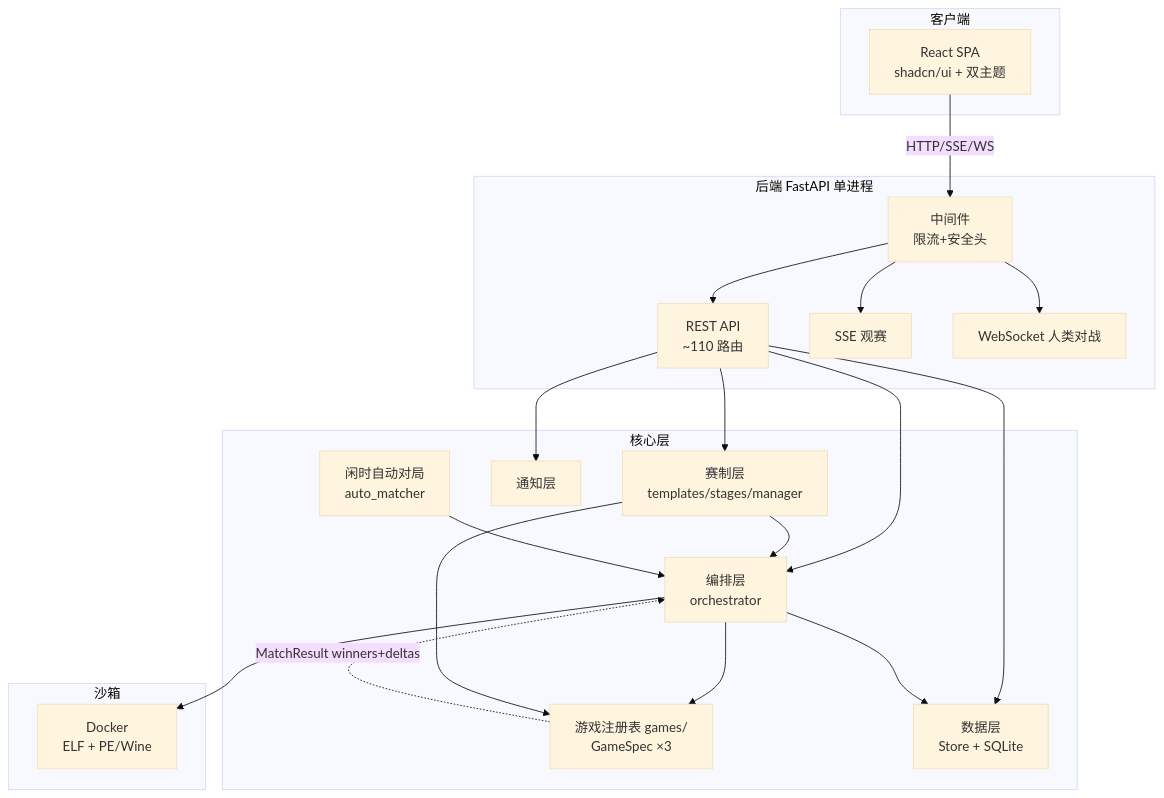
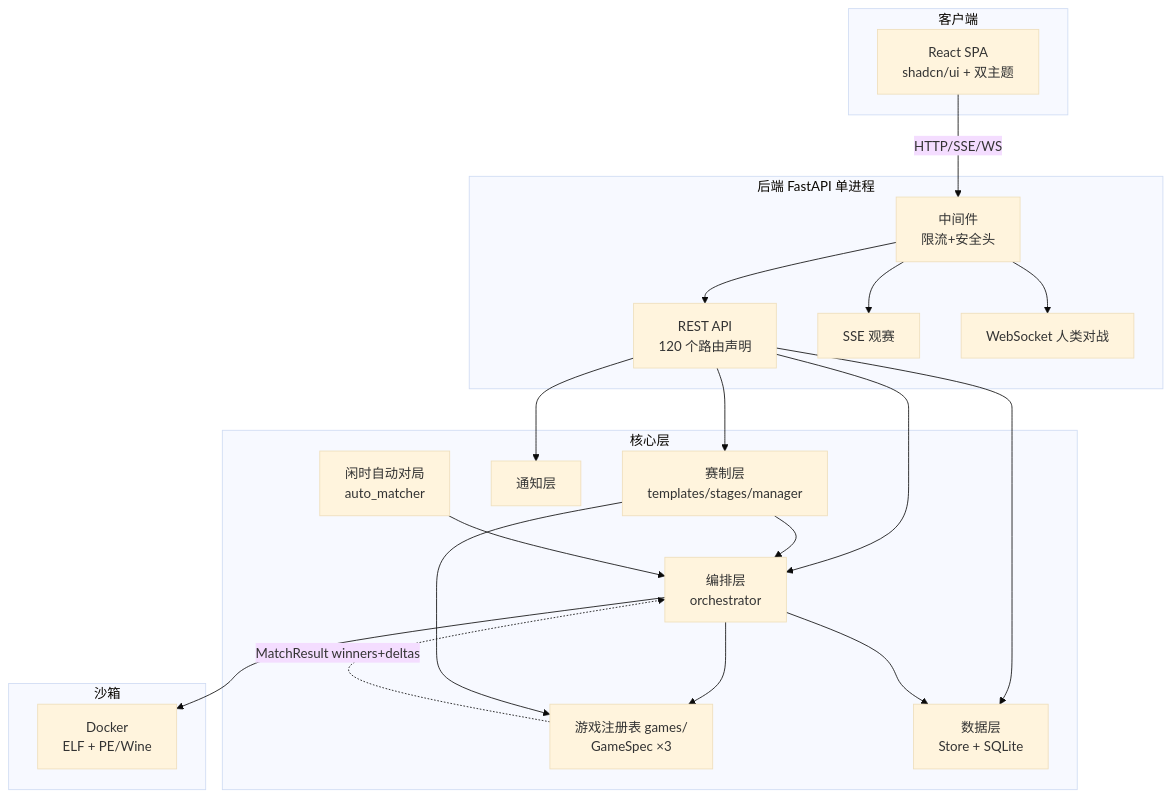
The first of 2 diagrams in doc/DESIGN.md (zhouzixiang1/botbattle), drawn with Mermaid (base theme) before and after one commit. The commit also changed other lines of this file and 117 other files, not shown here.

Commit message:
fix: harden browser flows and lifecycle consistency

````diff
--- a/doc/DESIGN.md
+++ b/doc/DESIGN.md
@@ -11,33 +11,33 @@
 ```mermaid
 graph TB
     subgraph 客户端
         FE[React SPA<br/>shadcn/ui + 双主题]
     end
     subgraph 后端 FastAPI 单进程
-        API[REST API<br/>~110 路由]
+        API[REST API<br/>120 个路由声明]
         SSE[SSE 观赛]
         WS[WebSocket 人类对战]
         MW[中间件<br/>限流+安全头]
     end
     subgraph 核心层
         ORCH[编排层<br/>orchestrator]
         GAMES[游戏注册表 games/<br/>GameSpec ×3]
         CONTEST[赛制层<br/>templates/stages/manager]
         STORE[数据层<br/>Store + SQLite]
         NOTIFY[通知层]
         AUTO[闲时自动对局<br/>auto_matcher]
     end
     subgraph 沙箱
         DOCKER[Docker<br/>ELF + PE/Wine]
     end
     FE -->|HTTP/SSE/WS| MW
     MW --> API & SSE & WS
     API --> ORCH & CONTEST & STORE & NOTIFY
     ORCH --> GAMES
     ORCH --> DOCKER
     ORCH --> STORE
     CONTEST --> ORCH
     CONTEST --> GAMES
     AUTO --> ORCH
     GAMES -.->|MatchResult winners+deltas| ORCH
 ```
````
